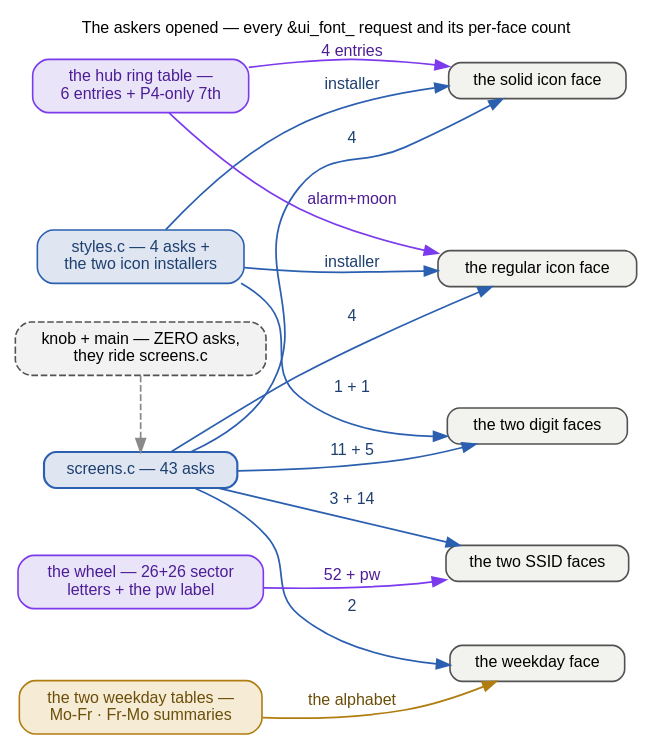
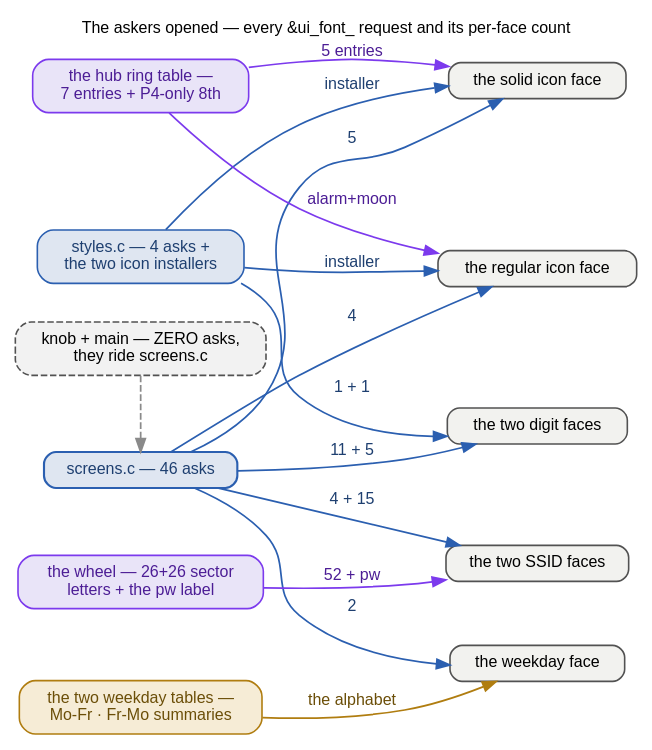
Before and after one commit to ukos-git/moon-clock-esp: the diagram in docs/_graphs/type-family-asks.dot, drawn with Graphviz. The commit also changed 44 other files, not shown here.

```diff
--- a/docs/_graphs/type-family-asks.dot
+++ b/docs/_graphs/type-family-asks.dot
@@ -1,54 +1,54 @@
 // THE ASKERS opened: a repo-wide grep for &ui_font_ hits EXACTLY two
-// files — screens.c (43 references) and styles.c (4) — plus the
+// files — screens.c (46 references) and styles.c (4) — plus the
 // consumers that live INSIDE screens.c (the wheel, the hub ring, the
 // two weekday tables). The knob's and main's sources ask NOTHING
 // directly; they ride screens.c. Edge counts are parsed at figure
 // time by docs/tools/gen_perf_glyphs.py; face-group names match
 // type-family-faces.dot. The askers in black boxes are
 // docs/_graphs/type-family.dot (this page). FONTS: 12 pt = the page's
 // 16 px body text at 1:1 — kept inside the content column.
 // Rendered inline as SVG by sphinx.ext.graphviz (dot on PATH).
 digraph type_family_asks {
     rankdir=LR;
     label="The askers opened — every &ui_font_ request and its per-face count";
     labelloc="t"; labeljust="c";
     fontname="Helvetica"; fontsize=12;
     graph [nodesep=0.4, ranksep=0.7];
     node [fontname="Helvetica", fontsize=12, shape=box, style="rounded,filled",
           width=0, height=0, margin="0.16,0.10", fillcolor="#f2f2ef",
           color="#525252", penwidth=1.2];
     edge [fontname="Helvetica", fontsize=12, color="#2b5fb0", fontcolor="#1e3f70", penwidth=1.3];
 
-    screens [label="screens.c — 43 asks",
+    screens [label="screens.c — 46 asks",
              fillcolor="#dfe6f1", color="#2b5fb0", fontcolor="#1e3f70", penwidth=1.6];
     styles [label="styles.c — 4 asks +\nthe two icon installers",
             fillcolor="#dfe6f1", color="#2b5fb0", fontcolor="#1e3f70"];
     wheel [label="the wheel — 26+26 sector\nletters + the pw label",
            fillcolor="#e9e4f8", color="#7c3aed", fontcolor="#4c1d95"];
-    ring [label="the hub ring table —\n6 entries + P4-only 7th",
+    ring [label="the hub ring table —\n7 entries + P4-only 8th",
           fillcolor="#e9e4f8", color="#7c3aed", fontcolor="#4c1d95"];
     days [label="the two weekday tables —\nMo-Fr · Fr-Mo summaries",
           fillcolor="#f6ecd6", color="#b07d10", fontcolor="#6b4e08"];
     knobx [label="knob + main — ZERO asks,\nthey ride screens.c",
            style="rounded,filled,dashed", fillcolor="#f2f2f2"];
 
     g_digits [label="the two digit faces"];
     g_ssid [label="the two SSID faces"];
     g_range [label="the weekday face"];
     g_solid [label="the solid icon face"];
     g_regular [label="the regular icon face"];
 
     screens -> g_digits [label="11 + 5"];
-    screens -> g_ssid [label="3 + 14"];
+    screens -> g_ssid [label="4 + 15"];
     screens -> g_range [label="2"];
-    screens -> g_solid [label="4"];
+    screens -> g_solid [label="5"];
     screens -> g_regular [label="4"];
     styles -> g_digits [label="1 + 1"];
     styles -> g_solid [label="installer"];
     styles -> g_regular [label="installer"];
     wheel -> g_ssid [color="#7c3aed", fontcolor="#4c1d95", label="52 + pw"];
-    ring -> g_solid [color="#7c3aed", fontcolor="#4c1d95", label="4 entries"];
+    ring -> g_solid [color="#7c3aed", fontcolor="#4c1d95", label="5 entries"];
     ring -> g_regular [color="#7c3aed", fontcolor="#4c1d95", label="alarm+moon"];
     days -> g_range [color="#b07d10", fontcolor="#6b4e08", label="the alphabet"];
     knobx -> screens [style=dashed, color="#8a8a8a", fontcolor="#374151", constraint=false];
 }
```
